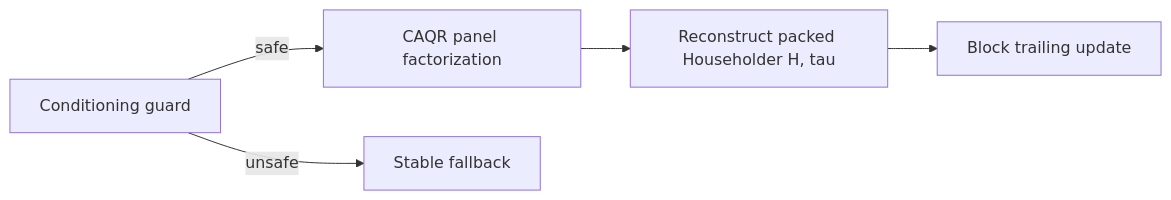
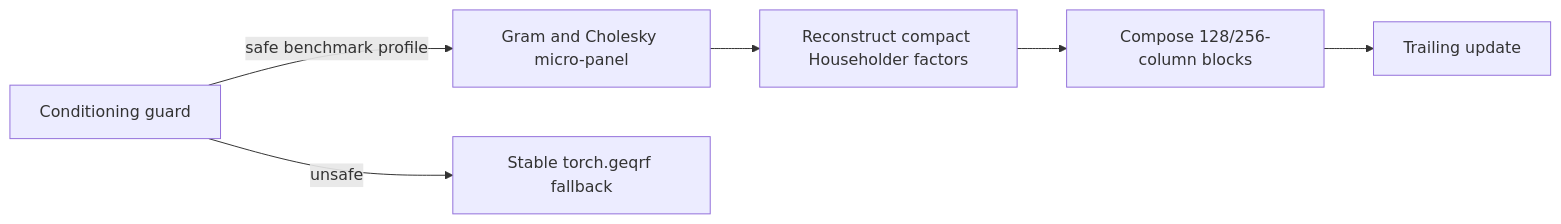
One commit to fishmingyu/qrv2-gpu-mode changed the fourth of 4 diagrams in ALGORITHM.md. Above: the diagram before and after it, drawn with Mermaid. The commit also changed other lines of this file and 3 other files, not shown here.

````diff
--- a/ALGORITHM.md
+++ b/ALGORITHM.md
@@ -171,7 +246,8 @@
 ```mermaid
 flowchart LR
-    G[Conditioning guard] -->|safe| C[CAQR panel factorization]
-    C --> R[Reconstruct packed Householder H, tau]
-    R --> U[Block trailing update]
-    G -->|unsafe| F[Stable fallback]
+    G[Conditioning guard] -->|safe benchmark profile| C[Gram and Cholesky micro-panel]
+    C --> H[Reconstruct compact Householder factors]
+    H --> R[Compose 128/256-column blocks]
+    R --> U[Trailing update]
+    G -->|unsafe| F[Stable torch.geqrf fallback]
 ```
````
